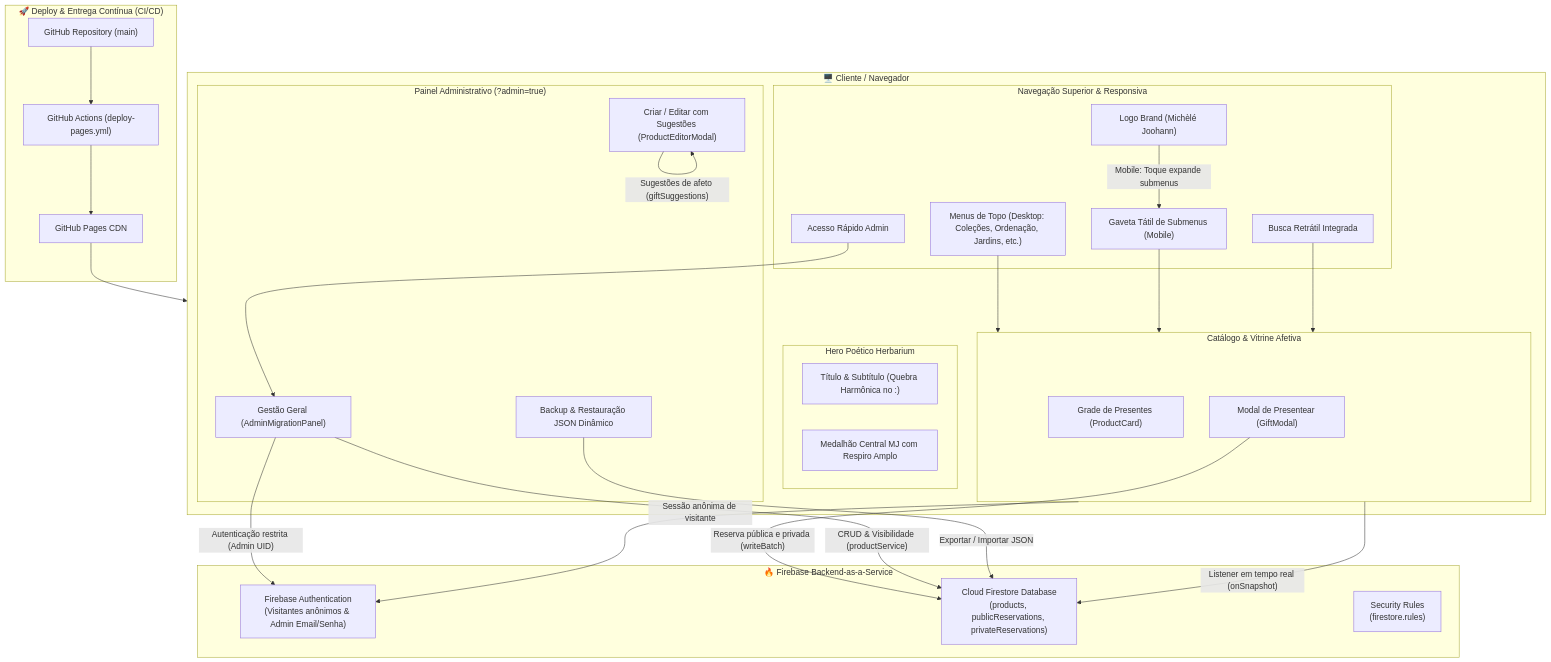
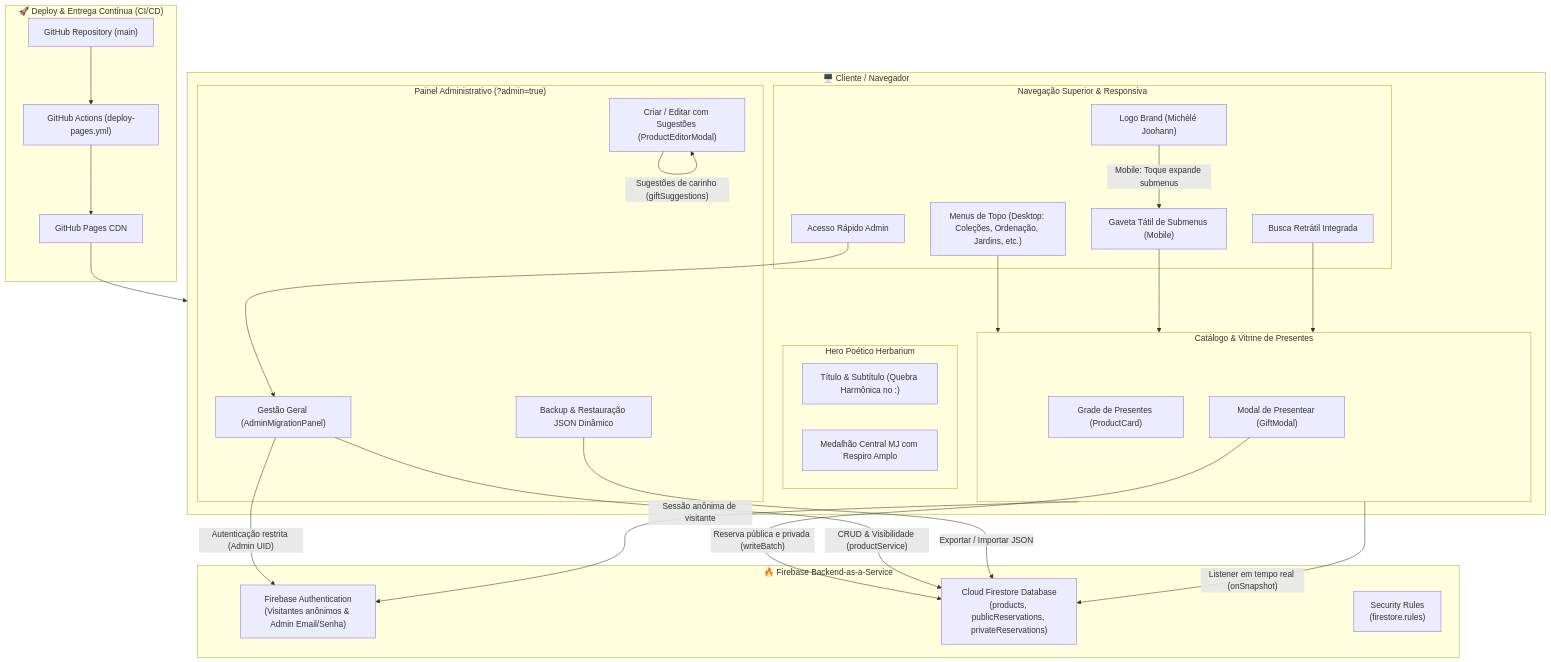
Before and after one commit to michelejoohann/jardim-dos-presentes: the first of 2 diagrams in docs/ARCHITECTURE.md, drawn with Mermaid. The commit also changed other lines of this file and 6 other files, not shown here.

Commit message:
refactor: substitui termo afeto por carinho e termos acolhedores em sugestoes e ui

````diff
--- a/docs/ARCHITECTURE.md
+++ b/docs/ARCHITECTURE.md
@@ -17,59 +17,59 @@
 ```mermaid
 graph TB
     subgraph Client ["🖥️ Cliente / Navegador"]
         subgraph TopNav ["Navegação Superior & Responsiva"]
             Brand["Logo Brand (Michèlé Joohann)"]
             MobileDrawer["Gaveta Tátil de Submenus (Mobile)"]
             DesktopNav["Menus de Topo (Desktop: Coleções, Ordenação, Jardins, etc.)"]
             SearchBtn["Busca Retrátil Integrada"]
             AdminBtn["Acesso Rápido Admin"]
         end
 
         subgraph HeroSection ["Hero Poético Herbarium"]
             HeroTitle["Título & Subtítulo (Quebra Harmônica no :)"]
             Medallion["Medalhão Central MJ com Respiro Amplo"]
         end
 
-        subgraph PublicUI ["Catálogo & Vitrine Afetiva"]
+        subgraph PublicUI ["Catálogo & Vitrine de Presentes"]
             Grid["Grade de Presentes (ProductCard)"]
             GiftModalUI["Modal de Presentear (GiftModal)"]
         end
 
         subgraph AdminUI ["Painel Administrativo (?admin=true)"]
             AdminPanel["Gestão Geral (AdminMigrationPanel)"]
             ProductEditor["Criar / Editar com Sugestões (ProductEditorModal)"]
             BackupTool["Backup & Restauração JSON Dinâmico"]
         end
     end
 
     subgraph FirebaseServices ["🔥 Firebase Backend-as-a-Service"]
         Auth["Firebase Authentication<br/>(Visitantes anônimos & Admin Email/Senha)"]
         Firestore["Cloud Firestore Database<br/>(products, publicReservations, privateReservations)"]
         Rules["Security Rules<br/>(firestore.rules)"]
     end
 
     subgraph HostingPipeline ["🚀 Deploy & Entrega Contínua (CI/CD)"]
         GHRepo["GitHub Repository (main)"]
         GHActions["GitHub Actions (deploy-pages.yml)"]
         GHPages["GitHub Pages CDN"]
     end
 
     Brand -- "Mobile: Toque expande submenus" --> MobileDrawer
     DesktopNav --> PublicUI
     MobileDrawer --> PublicUI
     SearchBtn --> PublicUI
     AdminBtn --> AdminPanel
 
     PublicUI -- "Listener em tempo real (onSnapshot)" --> Firestore
     PublicUI -- "Sessão anônima de visitante" --> Auth
     GiftModalUI -- "Reserva pública e privada (writeBatch)" --> Firestore
 
     AdminPanel -- "Autenticação restrita (Admin UID)" --> Auth
     AdminPanel -- "CRUD & Visibilidade (productService)" --> Firestore
-    ProductEditor -- "Sugestões de afeto (giftSuggestions)" --> ProductEditor
+    ProductEditor -- "Sugestões de carinho (giftSuggestions)" --> ProductEditor
     BackupTool -- "Exportar / Importar JSON" --> Firestore
 
     GHRepo --> GHActions
     GHActions --> GHPages
     GHPages --> Client
 ```
````
